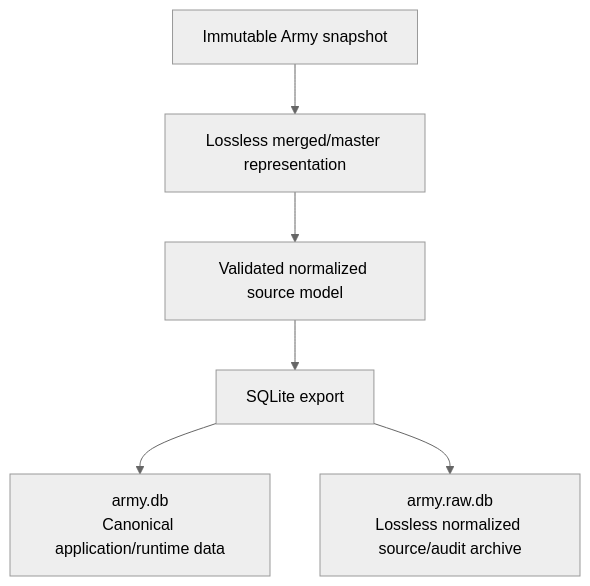
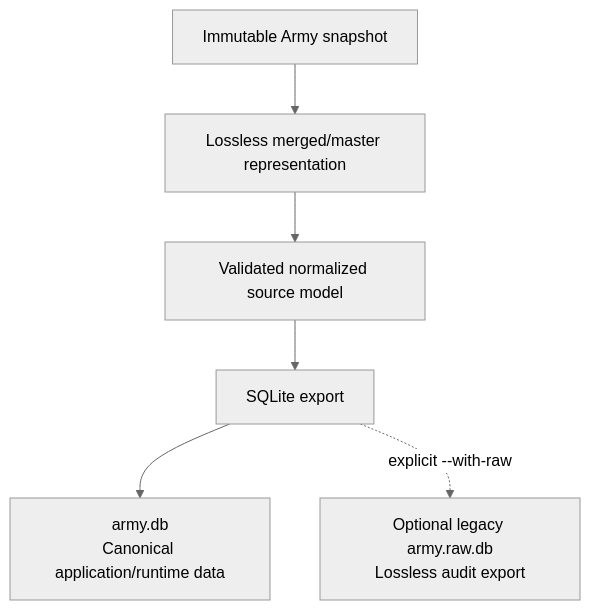
One commit to frankysan/InfinityDB changed the first of 2 diagrams in docs/data-model.md. Above: the diagram before and after it, drawn with Mermaid (neutral theme). The commit also changed 13 other files, not shown here.

Commit message:
refactor: default to rawless army export and v2 determinism manifests

````diff
--- a/docs/data-model.md
+++ b/docs/data-model.md
@@ -28,15 +28,15 @@
 ```mermaid
 flowchart TD
     snapshot["Immutable Army snapshot"]
     master["Lossless merged/master representation"]
     normalized["Validated normalized source model"]
     export["SQLite export"]
     runtime["army.db<br/>Canonical application/runtime data"]
-    archive["army.raw.db<br/>Lossless normalized source/audit archive"]
+    archive["Optional legacy army.raw.db<br/>Lossless audit export"]
 
     snapshot --> master
     master --> normalized
     normalized --> export
     export --> runtime
-    export --> archive
+    export -.->|explicit --with-raw| archive
 ```
````
